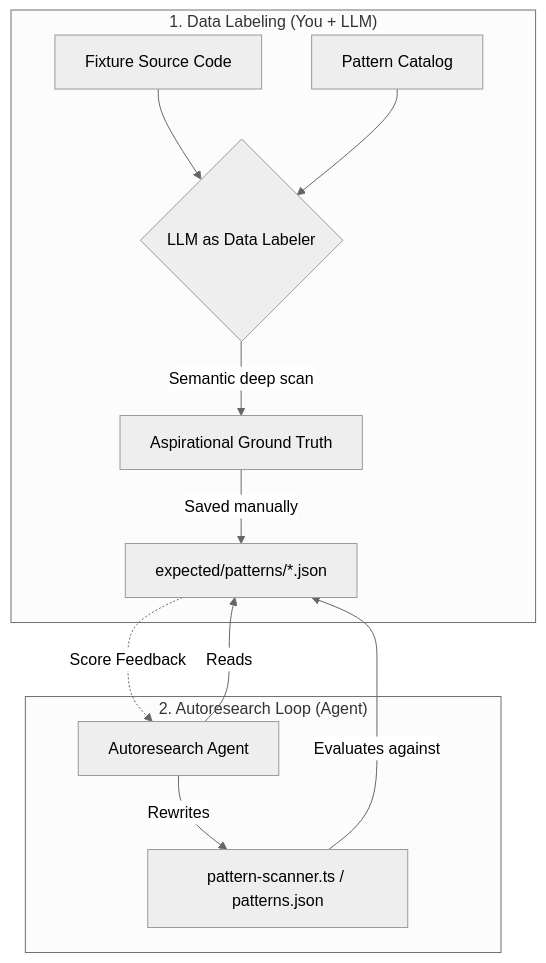
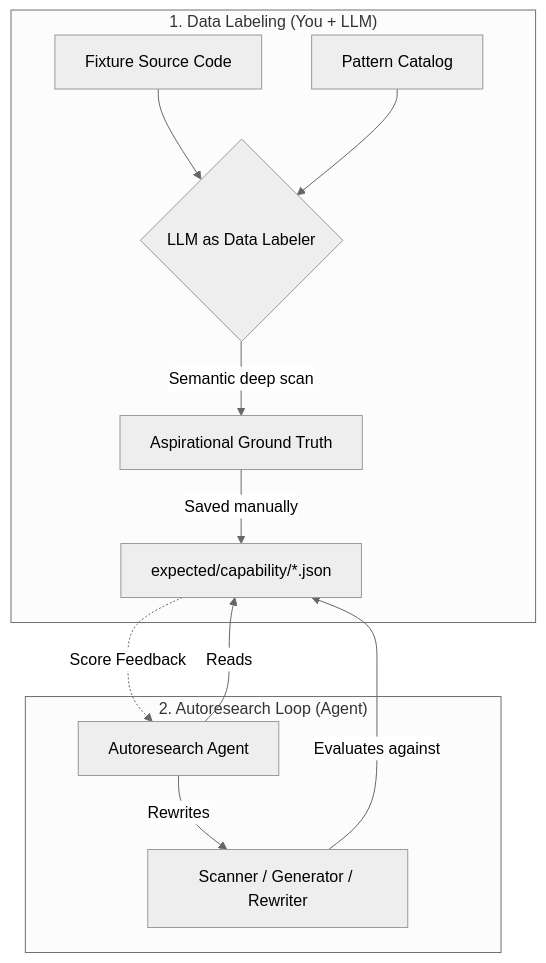
One commit to OpenZeppelin/openzeppelin-ui changed the diagram in packages/cli/autoresearch/llm-prompts-collection.md. Above: the diagram before and after it, drawn with Mermaid (neutral theme). The commit also changed other lines of this file and 1 other file, not shown here.

Commit message:
docs(docs): align autoresearch prompts with evaluator schemas

````diff
--- a/packages/cli/autoresearch/llm-prompts-collection.md
+++ b/packages/cli/autoresearch/llm-prompts-collection.md
@@ -11,16 +11,16 @@
 ```mermaid
 flowchart TD
     subgraph Setup ["1. Data Labeling (You + LLM)"]
         A[Fixture Source Code] --> B{LLM as Data Labeler}
         C[Pattern Catalog] --> B
         B -->|Semantic deep scan| D[Aspirational Ground Truth]
-        D -->|Saved manually| E[expected/patterns/*.json]
+        D -->|Saved manually| E[expected/capability/*.json]
     end
 
     subgraph Loop ["2. Autoresearch Loop (Agent)"]
         F[Autoresearch Agent] -->|Reads| E
-        F -->|Rewrites| G[pattern-scanner.ts / patterns.json]
+        F -->|Rewrites| G[Scanner / Generator / Rewriter]
         G -->|Evaluates against| E
         E -.->|Score Feedback| F
     end
 ```
````
